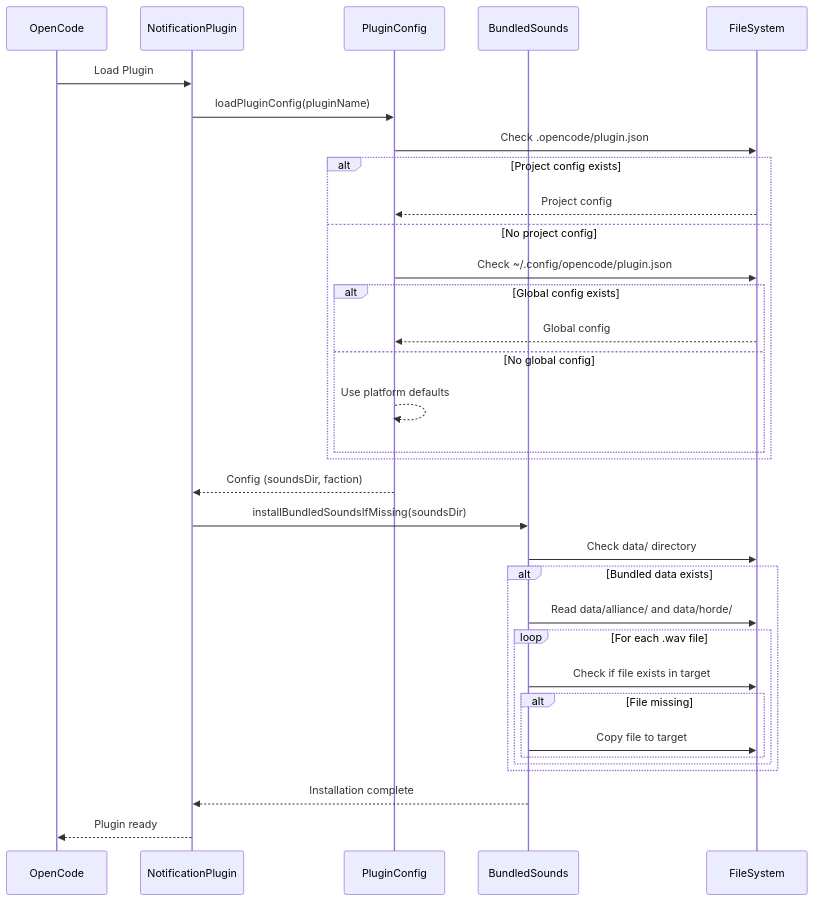
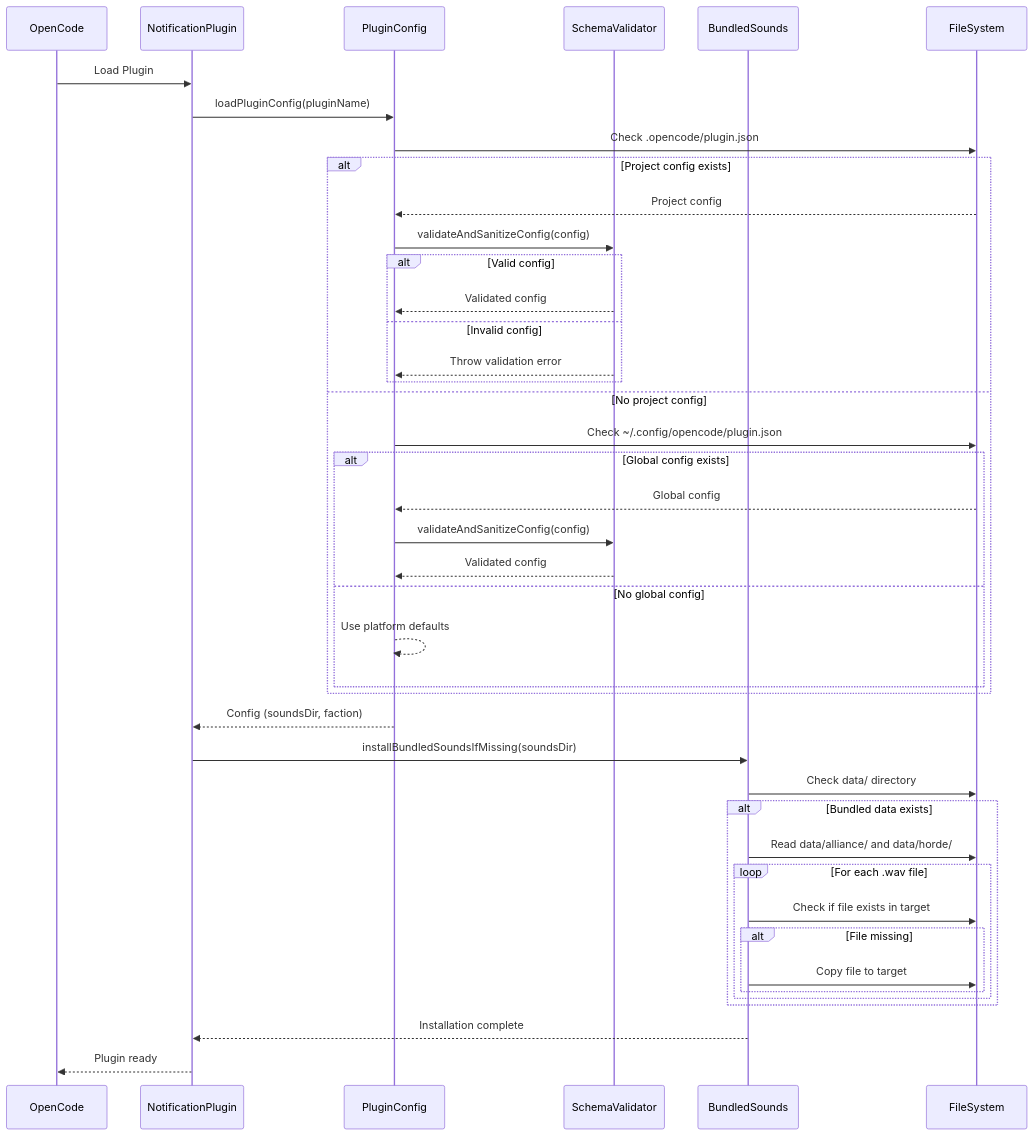
Before and after one commit to pantheon-org/opencode-warcraft-notifications: the eighth of 18 diagrams in docs/ARCHITECTURE.md, drawn with Mermaid. The commit also changed other lines of this file and 9 other files, not shown here.

First line of the commit message:
feat(config): Add runtime JSON schema validation for plugin.json (#45)

````diff
--- a/docs/ARCHITECTURE.md
+++ b/docs/ARCHITECTURE.md
@@ -381,41 +425,50 @@
 ```mermaid
 sequenceDiagram
     participant OC as OpenCode
     participant NP as NotificationPlugin
     participant PC as PluginConfig
+    participant SV as SchemaValidator
     participant BS as BundledSounds
     participant FS as FileSystem
 
     OC->>NP: Load Plugin
     NP->>PC: loadPluginConfig(pluginName)
 
     PC->>FS: Check .opencode/plugin.json
     alt Project config exists
         FS-->>PC: Project config
+        PC->>SV: validateAndSanitizeConfig(config)
+        alt Valid config
+            SV-->>PC: Validated config
+        else Invalid config
+            SV-->>PC: Throw validation error
+        end
     else No project config
         PC->>FS: Check ~/.config/opencode/plugin.json
         alt Global config exists
             FS-->>PC: Global config
+            PC->>SV: validateAndSanitizeConfig(config)
+            SV-->>PC: Validated config
         else No global config
             PC-->>PC: Use platform defaults
         end
     end
 
     PC-->>NP: Config (soundsDir, faction)
 
     NP->>BS: installBundledSoundsIfMissing(soundsDir)
     BS->>FS: Check data/ directory
 
     alt Bundled data exists
         BS->>FS: Read data/alliance/ and data/horde/
         loop For each .wav file
             BS->>FS: Check if file exists in target
             alt File missing
                 BS->>FS: Copy file to target
             end
         end
     end
 
     BS-->>NP: Installation complete
     NP-->>OC: Plugin ready
 ```
````
